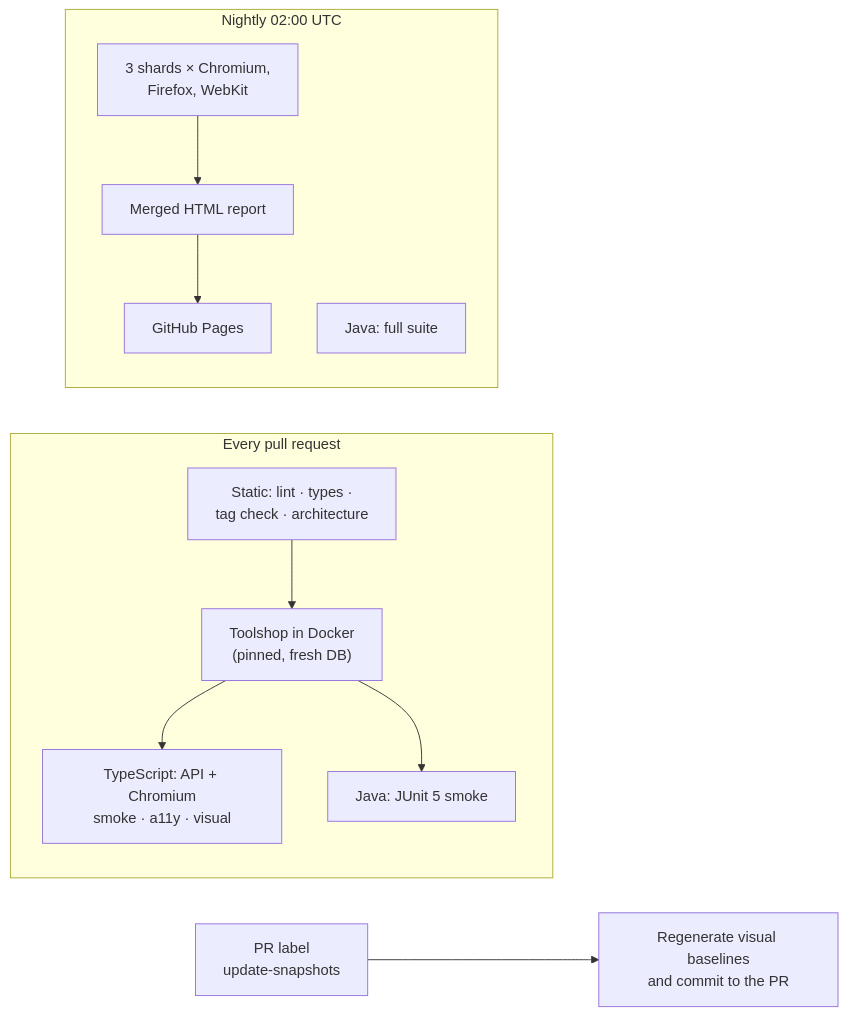
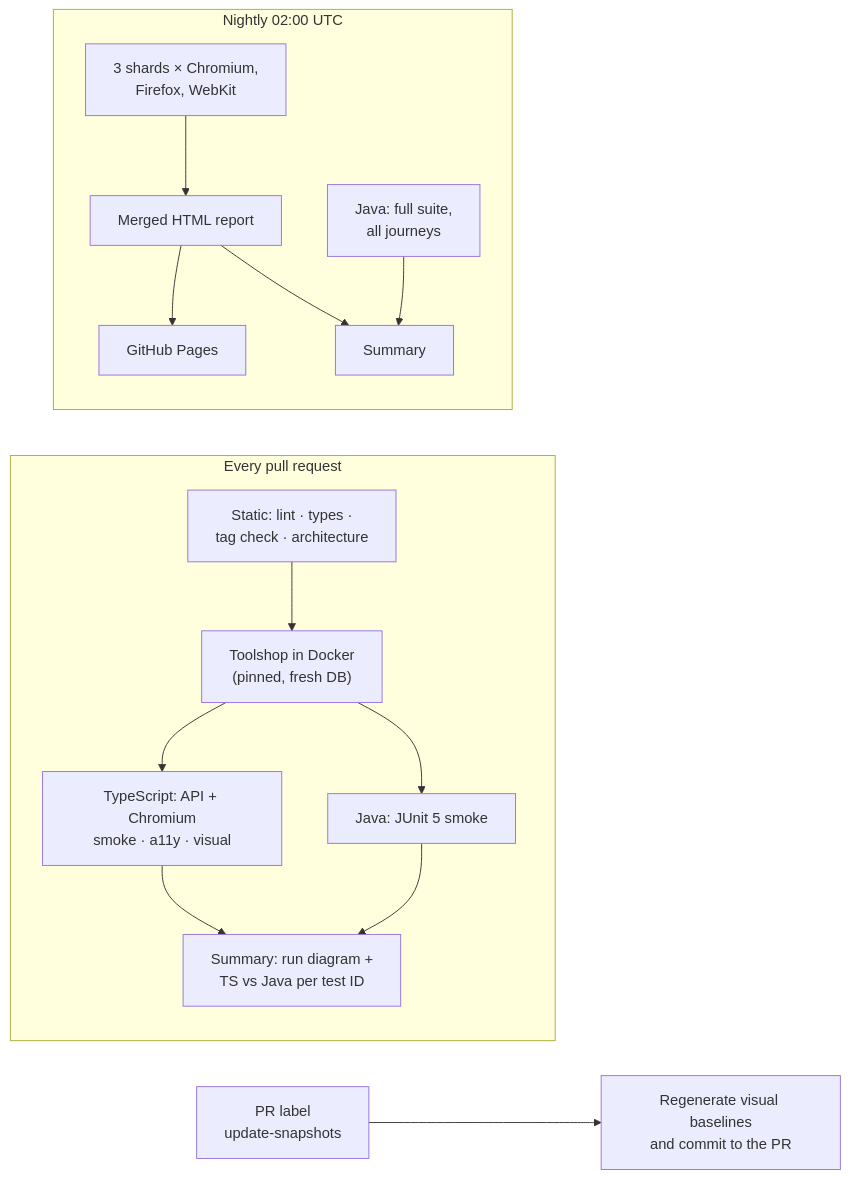
The diagram in README.md (junchunip-hue/playwright-e2e-showcase), drawn with Mermaid before and after one commit. The commit also changed other lines of this file and 27 other files, not shown here.

First line of the commit message:
Ship every journey in Java too, enforce parity, and summarise each run

````diff
--- a/README.md
+++ b/README.md
@@ -36,13 +36,16 @@
 ```mermaid
 flowchart LR
   subgraph PR["Every pull request"]
     S["Static: lint · types ·<br/>tag check · architecture"] --> T["Toolshop in Docker<br/>(pinned, fresh DB)"]
     T --> TS["TypeScript: API + Chromium<br/>smoke · a11y · visual"]
     T --> J["Java: JUnit 5 smoke"]
+    TS --> SUM["Summary: run diagram +<br/>TS vs Java per test ID"]
+    J --> SUM
   end
   subgraph N["Nightly 02:00 UTC"]
     SH["3 shards × Chromium,<br/>Firefox, WebKit"] --> M["Merged HTML report"] --> P["GitHub Pages"]
-    NJ["Java: full suite"]
+    NJ["Java: full suite,<br/>all journeys"] --> NS["Summary"]
+    M --> NS
   end
   L["PR label<br/>update-snapshots"] --> B["Regenerate visual baselines<br/>and commit to the PR"]
 ```
````
